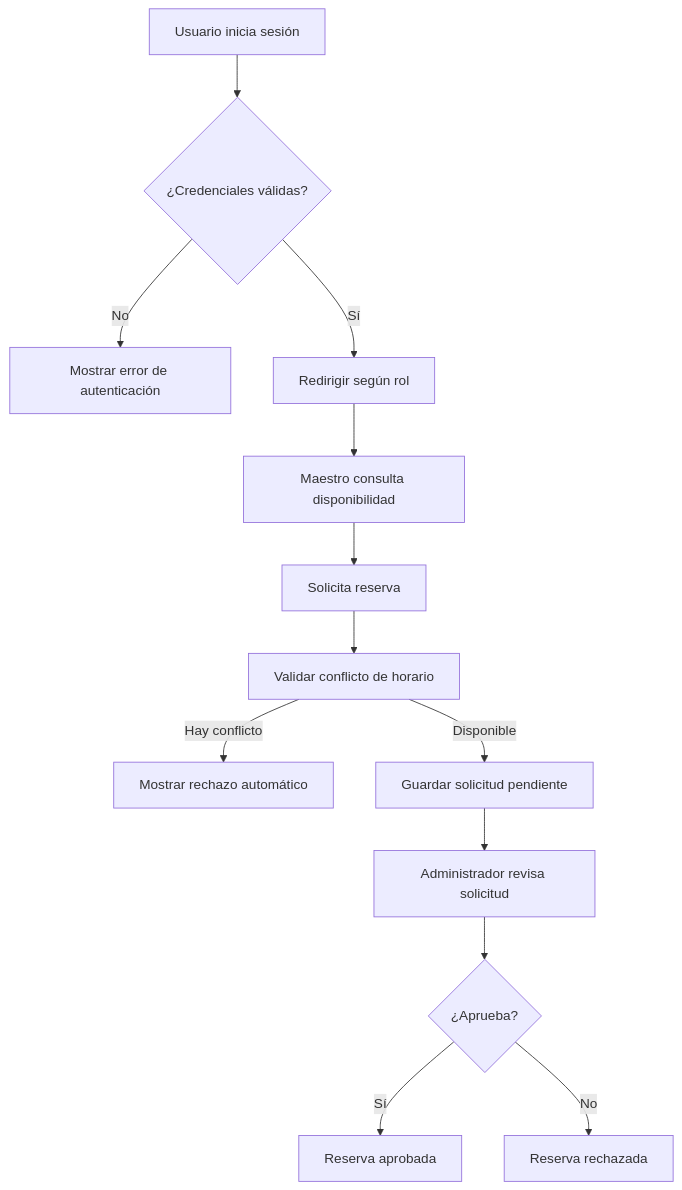
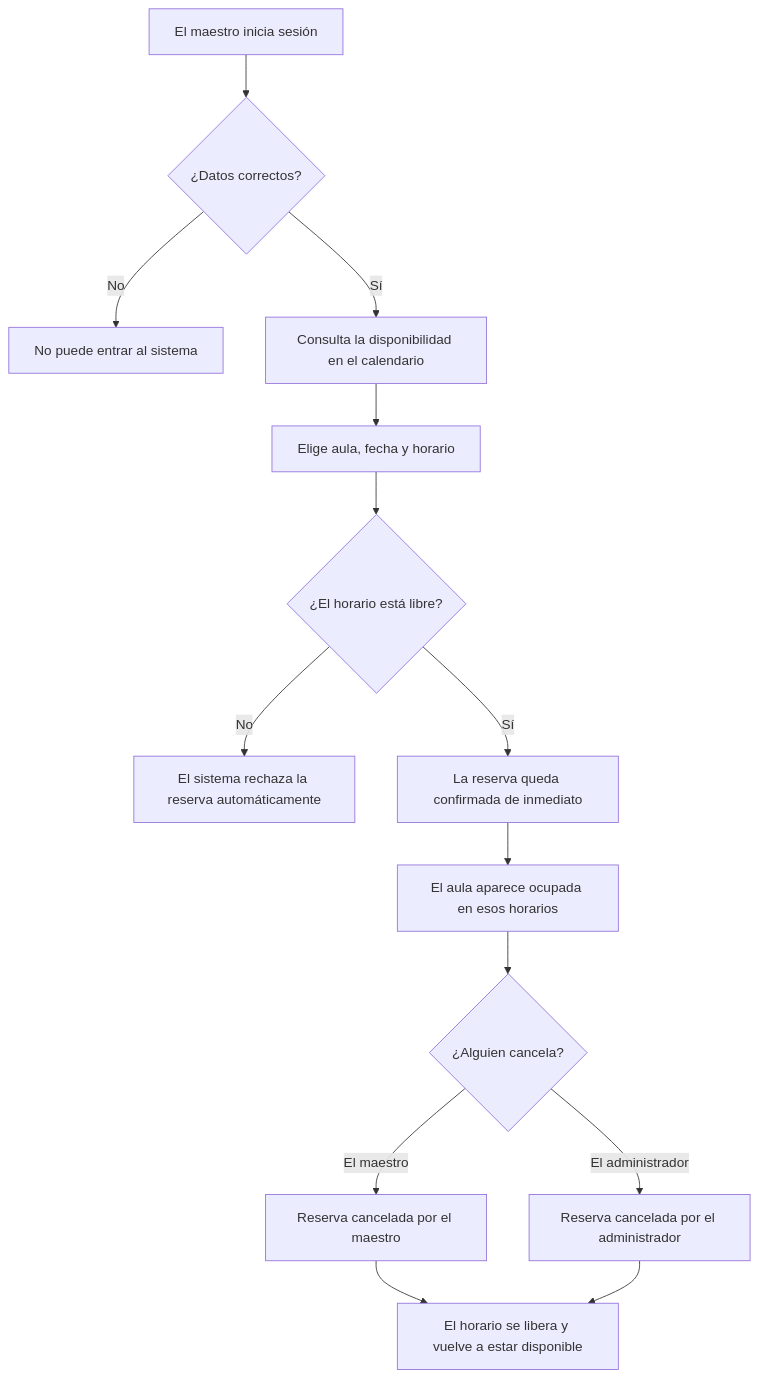
One commit to r1zZ0W/Aulas_ICF changed the second of 2 diagrams in README.md. Above: the diagram before and after it, drawn with Mermaid. The commit also changed other lines of this file and 35 other files, not shown here.

````diff
--- a/README.md
+++ b/README.md
@@ -134,15 +72,16 @@
 ```mermaid
 flowchart TD
-    A[Usuario inicia sesión] --> B{¿Credenciales válidas?}
-    B -- No --> C[Mostrar error de autenticación]
-    B -- Sí --> D[Redirigir según rol]
-    D --> E[Maestro consulta disponibilidad]
-    E --> F[Solicita reserva]
-    F --> G[Validar conflicto de horario]
-    G -- Hay conflicto --> H[Mostrar rechazo automático]
-    G -- Disponible --> I[Guardar solicitud pendiente]
-    I --> J[Administrador revisa solicitud]
-    J --> K{¿Aprueba?}
-    K -- Sí --> L[Reserva aprobada]
-    K -- No --> M[Reserva rechazada]
+    A[El maestro inicia sesión] --> B{¿Datos correctos?}
+    B -- No --> Z[No puede entrar al sistema]
+    B -- Sí --> C[Consulta la disponibilidad en el calendario]
+    C --> D[Elige aula, fecha y horario]
+    D --> E{¿El horario está libre?}
+    E -- No --> F[El sistema rechaza la reserva automáticamente]
+    E -- Sí --> G[La reserva queda confirmada de inmediato]
+    G --> H[El aula aparece ocupada en esos horarios]
+    H --> I{¿Alguien cancela?}
+    I -- El maestro --> J[Reserva cancelada por el maestro]
+    I -- El administrador --> K[Reserva cancelada por el administrador]
+    J --> L[El horario se libera y vuelve a estar disponible]
+    K --> L
 ```
````
